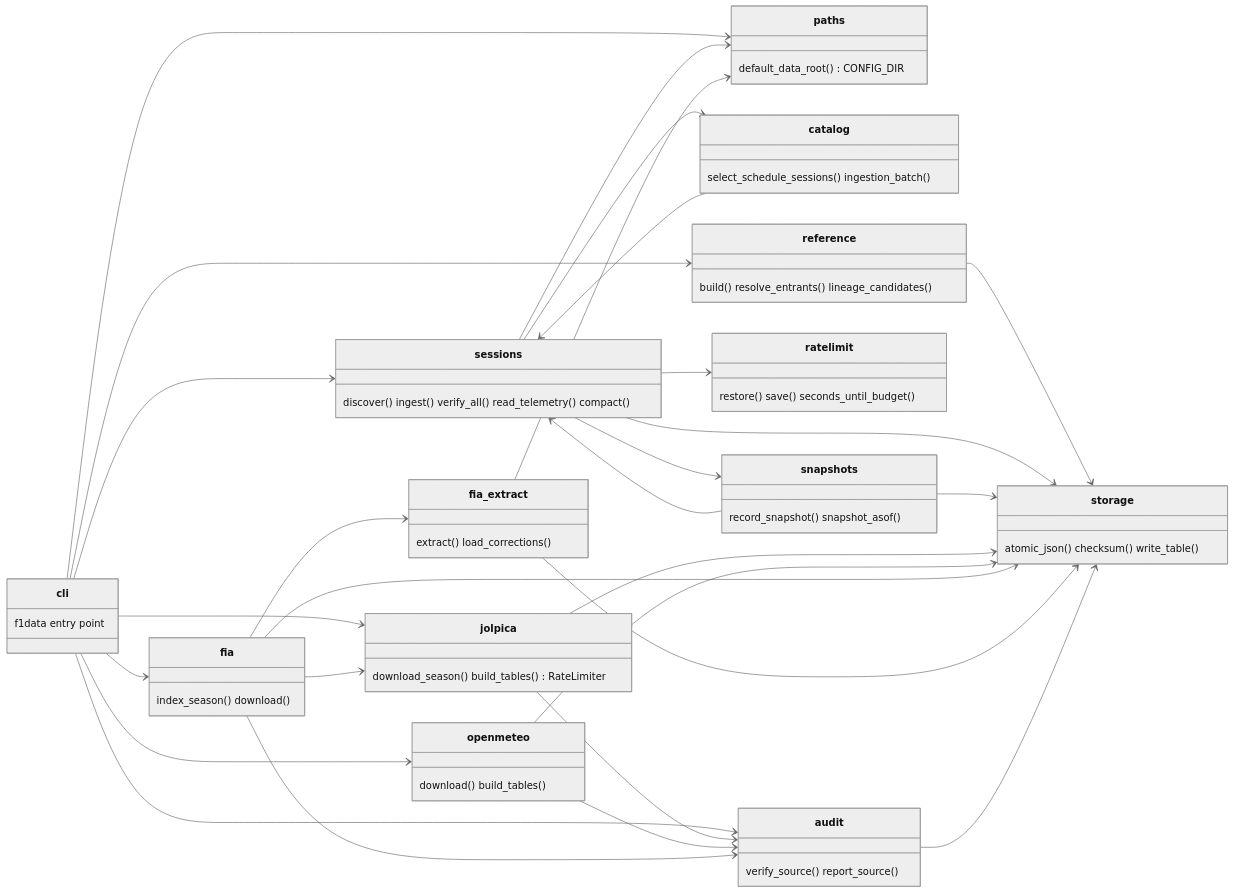
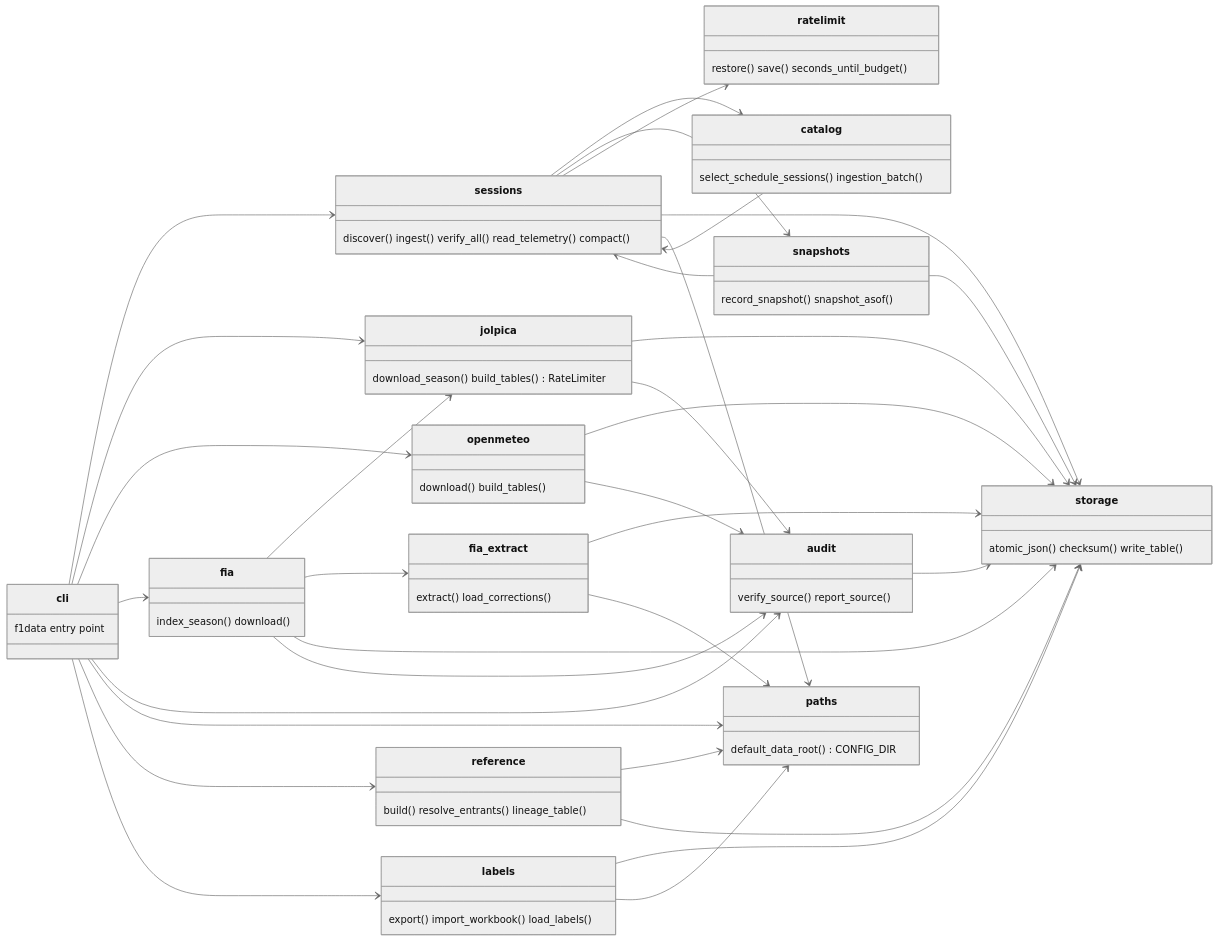
Before and after one commit to adityapandeydev/F1Stratagem: the second of 4 diagrams in design/data-archive.md, drawn with Mermaid (neutral theme). The commit also changed other lines of this file and 5 other files, not shown here.

First line of the commit message:
docs: team lineage, retirement labels and the qualifying pace model

````diff
--- a/design/data-archive.md
+++ b/design/data-archive.md
@@ -109,45 +110,50 @@
 ```mermaid
 classDiagram
     direction LR
     class cli { f1data entry point }
     class paths { default_data_root() CONFIG_DIR }
     class storage { atomic_json() checksum() write_table() }
     class sessions { discover() ingest() verify_all() read_telemetry() compact() }
     class catalog { select_schedule_sessions() ingestion_batch() }
     class snapshots { record_snapshot() snapshot_asof() }
     class ratelimit { restore() save() seconds_until_budget() }
     class jolpica { download_season() build_tables() RateLimiter }
     class openmeteo { download() build_tables() }
     class fia { index_season() download() }
     class fia_extract { extract() load_corrections() }
     class audit { verify_source() report_source() }
-    class reference { build() resolve_entrants() lineage_candidates() }
+    class reference { build() resolve_entrants() lineage_table() }
+    class labels { export() import_workbook() load_labels() }
 
     cli --> sessions
     cli --> jolpica
     cli --> openmeteo
     cli --> fia
     cli --> audit
     cli --> paths
     cli --> reference
+    cli --> labels
+    reference --> paths
+    labels --> storage
+    labels --> paths
     reference --> storage
     sessions --> catalog
     sessions --> snapshots
     sessions --> ratelimit
     sessions --> storage
     sessions --> paths
     catalog --> sessions
     snapshots --> sessions
     snapshots --> storage
     jolpica --> storage
     jolpica --> audit
     openmeteo --> storage
     openmeteo --> audit
     fia --> jolpica
     fia --> fia_extract
     fia --> storage
     fia --> audit
     fia_extract --> storage
     fia_extract --> paths
     audit --> storage
 ```
````
